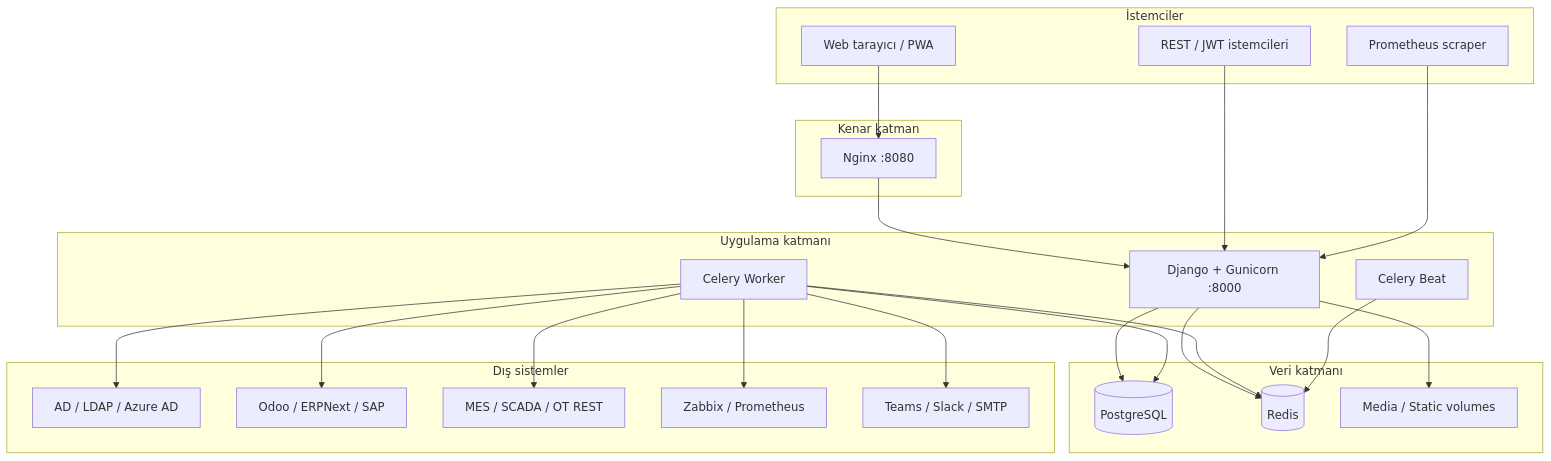
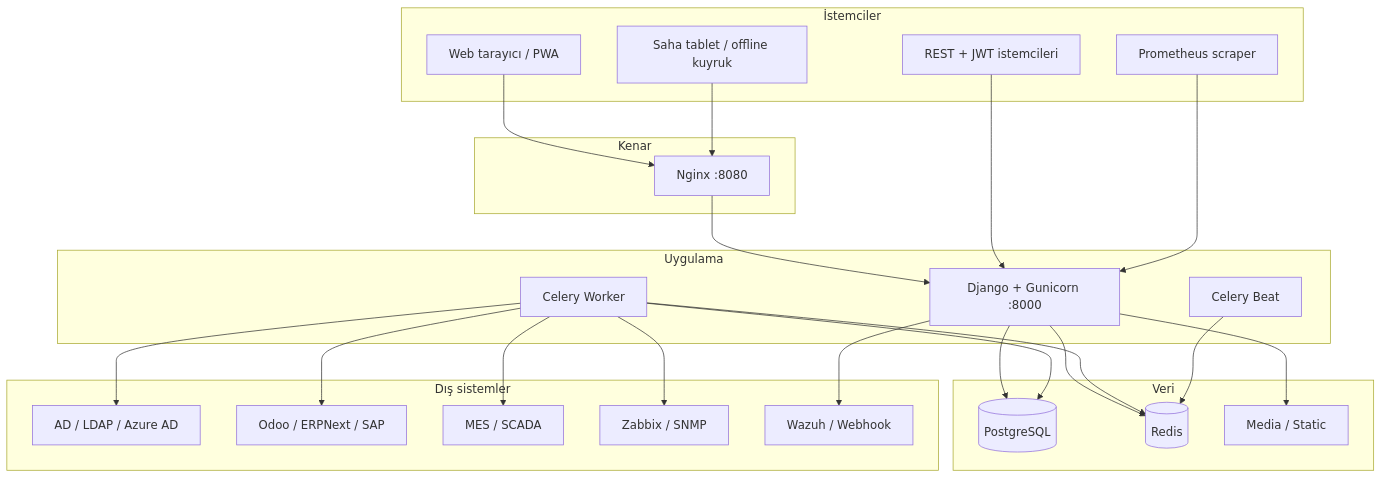
One commit to slhkrt-tech/OmniOps-Factory-It-Suite changed the first of 4 diagrams in README.md. Above: the diagram before and after it, drawn with Mermaid. The commit also changed other lines of this file and 80 other files, not shown here.

````diff
--- a/README.md
+++ b/README.md
@@ -36,47 +77,49 @@
 ```mermaid
 flowchart TB
     subgraph clients [İstemciler]
         Browser[Web tarayıcı / PWA]
-        API[REST / JWT istemcileri]
+        Mobile[Saha tablet / offline kuyruk]
+        APIClient[REST + JWT istemcileri]
         Prom[Prometheus scraper]
     end
 
-    subgraph edge [Kenar katman]
+    subgraph edge [Kenar]
         Nginx[Nginx :8080]
     end
 
-    subgraph app [Uygulama katmanı]
+    subgraph app [Uygulama]
         Gunicorn[Django + Gunicorn :8000]
         Worker[Celery Worker]
         Beat[Celery Beat]
     end
 
-    subgraph data [Veri katmanı]
+    subgraph data [Veri]
         PG[(PostgreSQL)]
         Redis[(Redis)]
-        Media[Media / Static volumes]
+        Media[Media / Static]
     end
 
     subgraph external [Dış sistemler]
         AD[AD / LDAP / Azure AD]
         ERP[Odoo / ERPNext / SAP]
-        OT[MES / SCADA / OT REST]
-        Mon[Zabbix / Prometheus]
-        Notify[Teams / Slack / SMTP]
+        OT[MES / SCADA]
+        Mon[Zabbix / SNMP]
+        SIEM[Wazuh / Webhook]
     end
 
     Browser --> Nginx --> Gunicorn
-    API --> Gunicorn
+    Mobile --> Nginx
+    APIClient --> Gunicorn
     Prom --> Gunicorn
     Gunicorn --> PG
     Gunicorn --> Redis
     Worker --> PG
     Worker --> Redis
     Beat --> Redis
     Worker --> AD
     Worker --> ERP
     Worker --> OT
     Worker --> Mon
-    Worker --> Notify
+    Gunicorn --> SIEM
     Gunicorn --> Media
 ```
````
